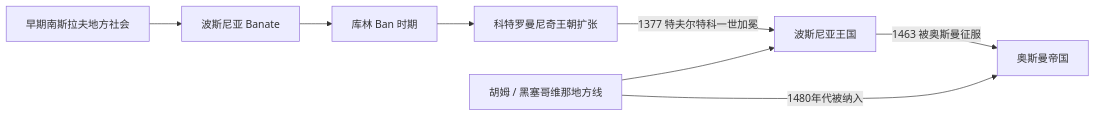
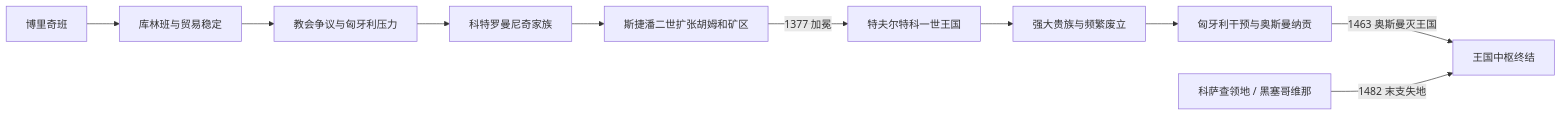
The diagram in 人文科学/历史/欧洲/东南欧与巴尔干/波斯尼亚和黑塞哥维那/波斯尼亚中世纪国家.md (tianlan-dev/learning-notes), drawn with Mermaid before and after one commit. The commit also changed other lines of this file and 1417 other files, not shown here.

````diff
--- a/人文科学/历史/欧洲/东南欧与巴尔干/波斯尼亚和黑塞哥维那/波斯尼亚中世纪国家.md
+++ b/人文科学/历史/欧洲/东南欧与巴尔干/波斯尼亚和黑塞哥维那/波斯尼亚中世纪国家.md
@@ -17,10 +15,12 @@
 ```mermaid
 flowchart LR
-  Early["早期南斯拉夫地方社会"] --> Banate["波斯尼亚 Banate"]
-  Banate --> Kulin["库林 Ban 时期"]
-  Kulin --> Kotromanic["科特罗曼尼奇王朝扩张"]
-  Kotromanic -->|"1377 特夫尔特科一世加冕"| Kingdom["波斯尼亚王国"]
-  Hum["胡姆 / 黑塞哥维那地方线"] --> Kingdom
-  Kingdom -->|"1463 被奥斯曼征服"| Ottoman["奥斯曼帝国"]
-  Hum -->|"1480年代被纳入"| Ottoman
+  Borić["博里奇班"] --> Kulin["库林班与贸易稳定"]
+  Kulin --> Crusade["教会争议与匈牙利压力"]
+  Crusade --> Kotromanic["科特罗曼尼奇家族"]
+  Kotromanic --> Expansion["斯捷潘二世扩张胡姆和矿区"]
+  Expansion -->|1377 加冕| Tvrtko["特夫尔特科一世王国"]
+  Tvrtko --> Magnates["强大贵族与频繁废立"]
+  Magnates --> Vassalage["匈牙利干预与奥斯曼纳贡"]
+  Vassalage -->|1463 奥斯曼灭王国| Conquest["王国中枢终结"]
+  Kosača["科萨查领地 / 黑塞哥维那"] -->|1482 末支失地| Conquest
 ```
````
